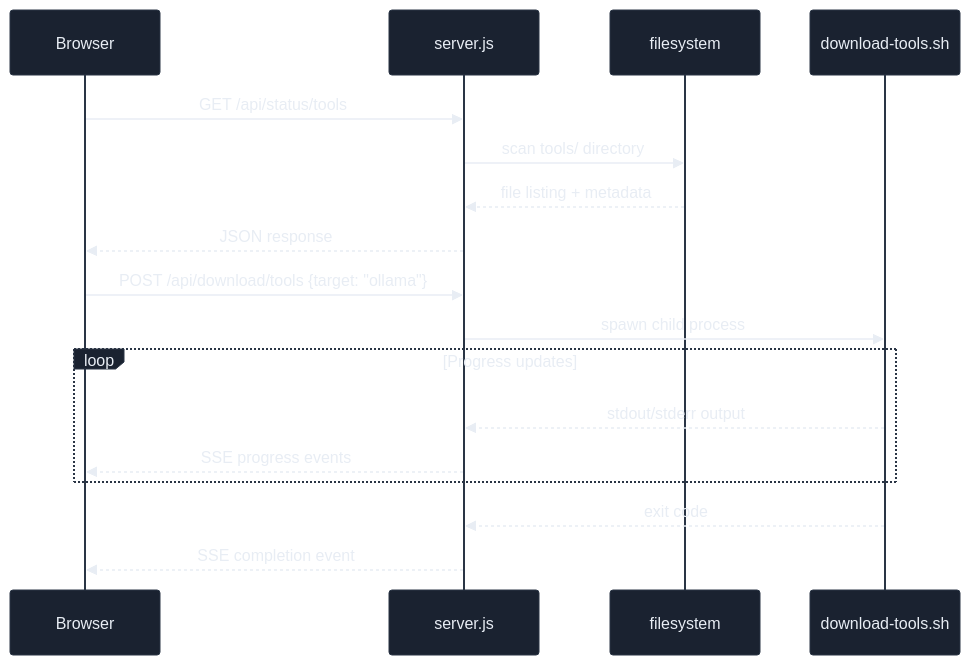
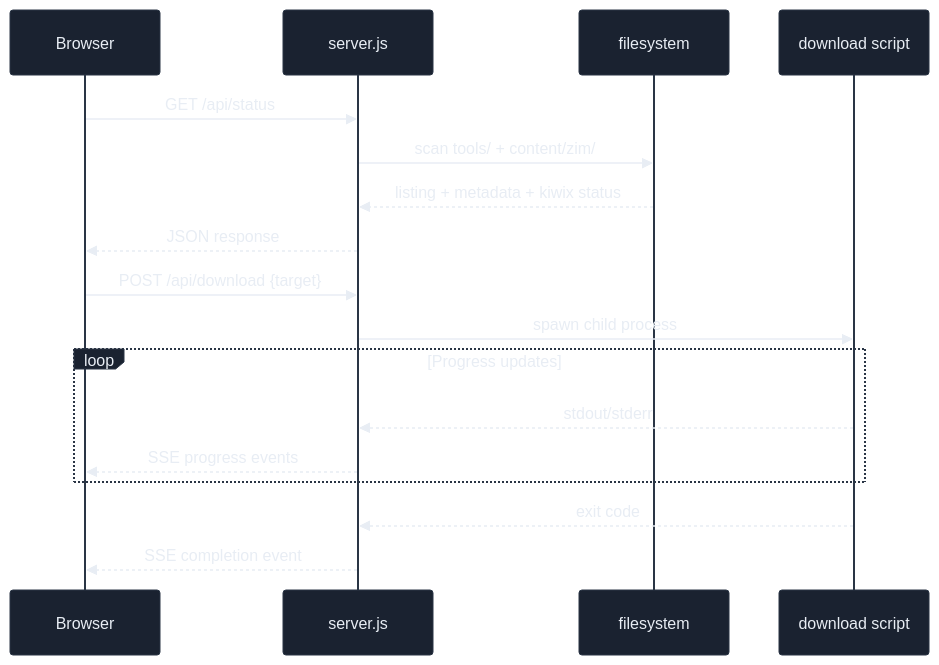
One commit to mvalancy/val-ark changed the fifth of 6 diagrams in docs/ARCHITECTURE.md. Above: the diagram before and after it, drawn with Mermaid. The commit also changed other lines of this file and 13 other files, not shown here.

````diff
--- a/docs/ARCHITECTURE.md
+++ b/docs/ARCHITECTURE.md
@@ -200,29 +231,29 @@
 ```mermaid
 %%{init: {'theme': 'base', 'themeVariables': {
   'primaryColor': '#1a2230',
   'primaryBorderColor': '#2a3545',
   'primaryTextColor': '#e8edf4',
   'lineColor': '#4da6ff',
   'secondaryColor': '#131921',
   'tertiaryColor': '#0a0e14'
 }}}%%
 sequenceDiagram
     participant Browser
     participant server.js
     participant filesystem
-    participant download-tools.sh
+    participant download script
 
-    Browser->>server.js: GET /api/status/tools
-    server.js->>filesystem: scan tools/ directory
-    filesystem-->>server.js: file listing + metadata
+    Browser->>server.js: GET /api/status
+    server.js->>filesystem: scan tools/ + content/zim/
+    filesystem-->>server.js: listing + metadata + kiwix status
     server.js-->>Browser: JSON response
 
-    Browser->>server.js: POST /api/download/tools {target: "ollama"}
-    server.js->>download-tools.sh: spawn child process
+    Browser->>server.js: POST /api/download {target}
+    server.js->>download script: spawn child process
     loop Progress updates
-        download-tools.sh-->>server.js: stdout/stderr output
+        download script-->>server.js: stdout/stderr
         server.js-->>Browser: SSE progress events
     end
-    download-tools.sh-->>server.js: exit code
+    download script-->>server.js: exit code
     server.js-->>Browser: SSE completion event
 ```
````
